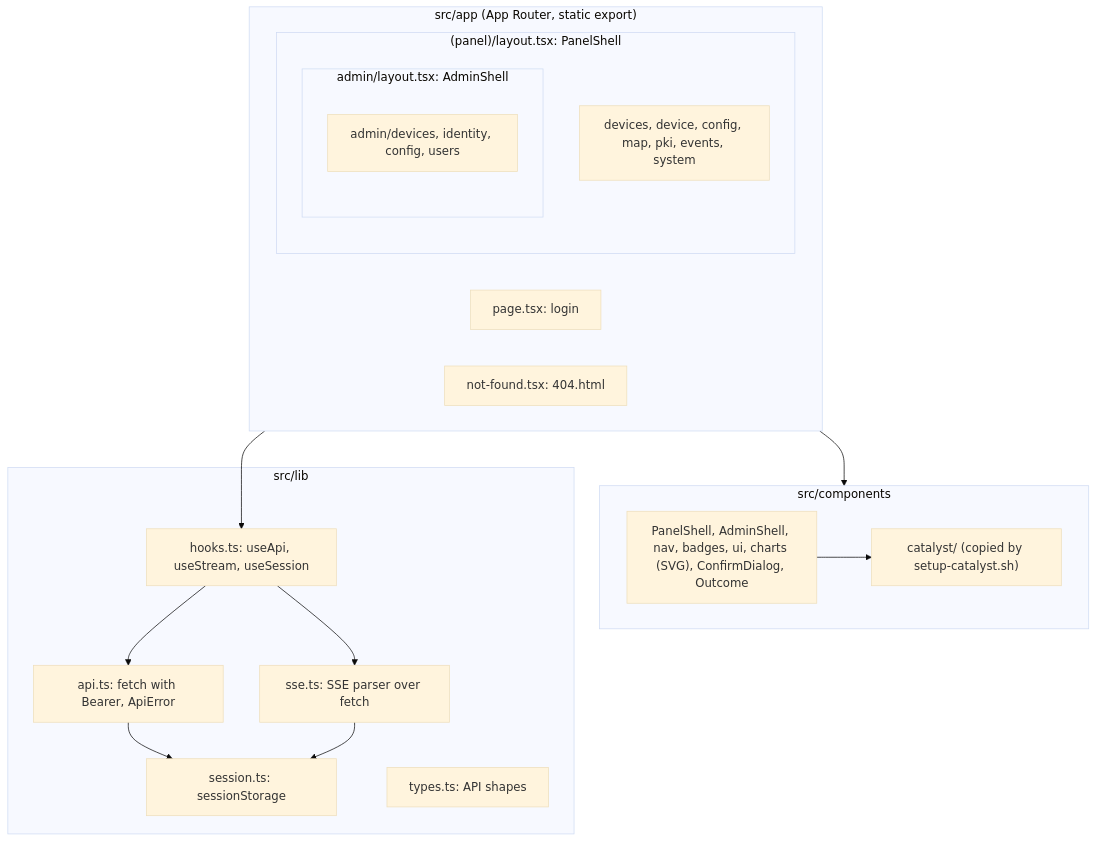
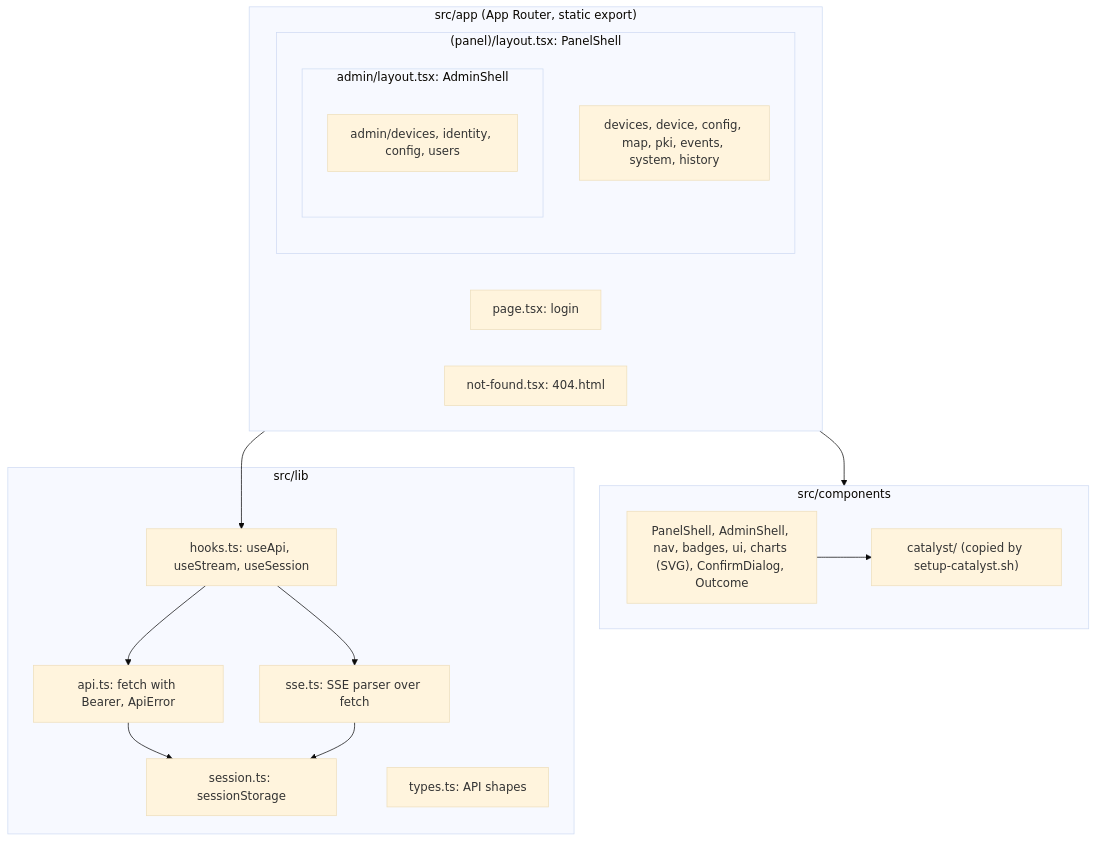
Before and after one commit to jgmatu/postgresql: the first of 4 diagrams in frontend/README.md, drawn with Mermaid (base theme). The commit also changed other lines of this file and 6 other files, not shown here.

````diff
--- a/frontend/README.md
+++ b/frontend/README.md
@@ -64,31 +64,31 @@
 ```mermaid
 flowchart TB
     subgraph app ["src/app (App Router, static export)"]
         login["page.tsx: login"]
         subgraph panel ["(panel)/layout.tsx: PanelShell"]
-            view["devices, device, config, map, pki, events, system"]
+            view["devices, device, config, map, pki, events, system, history"]
             subgraph admin ["admin/layout.tsx: AdminShell"]
                 adm["admin/devices, identity, config, users"]
             end
         end
         nf["not-found.tsx: 404.html"]
     end
     subgraph components ["src/components"]
         cat["catalyst/ (copied by setup-catalyst.sh)"]
         own["PanelShell, AdminShell, nav, badges, ui, charts (SVG), ConfirmDialog, Outcome"]
     end
     subgraph lib ["src/lib"]
         api["api.ts: fetch with Bearer, ApiError"]
         session["session.ts: sessionStorage"]
         sse["sse.ts: SSE parser over fetch"]
         hooks["hooks.ts: useApi, useStream, useSession"]
         types["types.ts: API shapes"]
     end
     app --> components
     app --> hooks
     own --> cat
     hooks --> api
     hooks --> sse
     api --> session
     sse --> session
 ```
````
